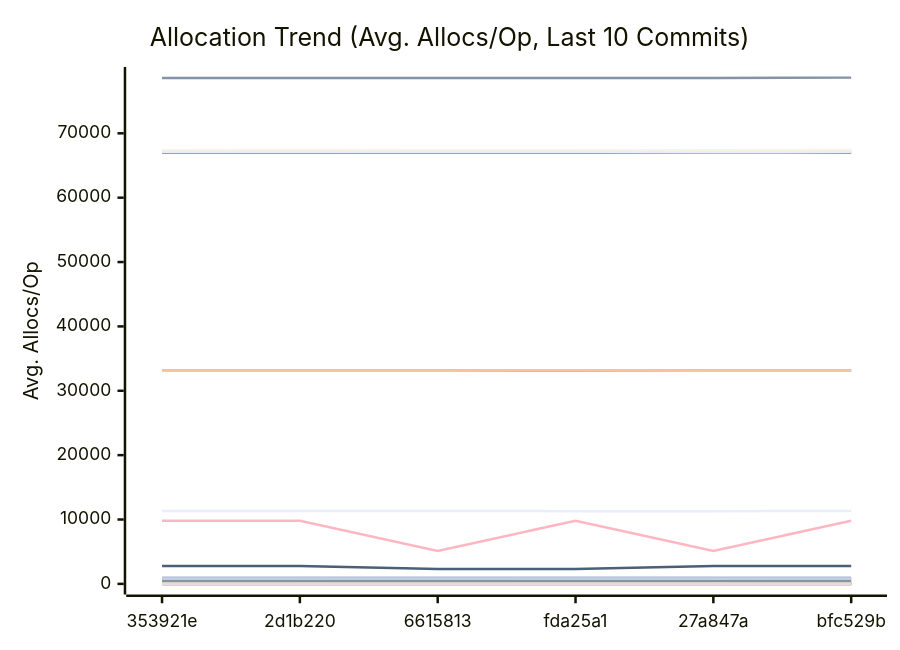
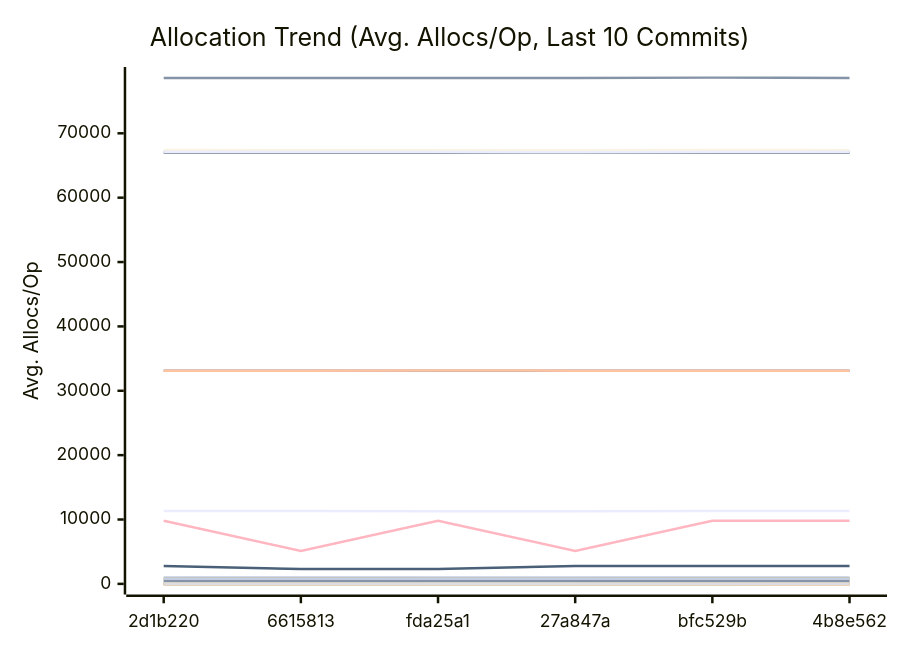
One commit to alsotoes/momo changed the third of 3 diagrams in docs/PERFORMANCE.md. Above: the diagram before and after it, drawn with Mermaid. The commit also changed other lines of this file and 2 other files, not shown here.

````diff
--- a/docs/PERFORMANCE.md
+++ b/docs/PERFORMANCE.md
@@ -360,44 +360,44 @@
 ```mermaid
 xychart-beta
     title "Allocation Trend (Avg. Allocs/Op, Last 10 Commits)"
     x-axis "Commit"
     y-axis "Avg. Allocs/Op"
-    x-axis [353921e,2d1b220,6615813,fda25a1,27a847a,bfc529b]
-    line "AWSChunkedReaderSigned" [11317,11324,11331,11296,11287,11338,11329,11352,11316,11313]
-    line "AWSChunkedReaderUnsigned" [78592,78605,78609,78579,78582,78651,78603,78618,78588,78582]
+    x-axis [2d1b220,6615813,fda25a1,27a847a,bfc529b,4b8e562]
+    line "AWSChunkedReaderSigned" [11324,11331,11296,11287,11338,11329,11352,11316,11313,11300]
+    line "AWSChunkedReaderUnsigned" [78605,78609,78579,78582,78651,78603,78618,78588,78582,78589]
     line "CheckMetricsAndSwap" [0,0,0,0,0,0,0,0,0,0]
     line "CrushOptimized" [0,0,0,0,0,0,0,0,0,0]
     line "CrushOriginal" [3,3,3,3,3,3,3,3,3,3]
     line "FormatListObjectsV2XML_AppendFormat" [16,16,16,16,16,16,16,16,16,16]
     line "FormatListObjectsV2XML_OldFormat" [1000,1000,1000,1000,1000,1000,1000,1000,1000,1000]
     line "HashBytes/1MiB" [64,64,64,64,64,64,64,64,64,64]
     line "HashBytes/256MiB" [64,64,64,64,64,64,64,64,64,64]
     line "HashBytes/64MiB" [64,64,64,64,64,64,64,64,64,64]
     line "HashFile/1MiB" [33128,33128,33128,33128,33128,33128,33128,33128,33128,33128]
     line "HashFile/256MiB" [33128,33128,33128,33128,33128,33128,33128,33128,33128,33128]
-    line "HashFile/64MiB" [33128,33128,33128,33137,33128,33128,33128,33128,33128,33128]
+    line "HashFile/64MiB" [33128,33128,33137,33128,33128,33128,33128,33128,33128,33128]
     line "IndexDirectTracking" [0,0,0,0,0,0,0,0,0,0]
     line "IndexSearch" [0,0,0,0,0,0,0,0,0,0]
     line "LastModifiedHeader_AppendFormat" [0,0,0,0,0,0,0,0,0,0]
-    line "LastModifiedHeader_Format" [0,0,0,0,0,0,1,1,1,1]
+    line "LastModifiedHeader_Format" [0,0,0,0,0,1,1,1,1,1]
     line "LoadGlobalConfig" [58,58,58,58,58,58,58,58,58,58]
-    line "LocalWrite/1MiB" [67030,67036,67036,67029,67028,67031,67030,67036,67032,67034]
-    line "LocalWrite/256MiB" [67349,67409,67379,67372,67383,67413,67386,67552,67369,67393]
-    line "LocalWrite/64MiB" [67104,67086,67092,67077,67052,67096,67102,67105,67107,67056]
+    line "LocalWrite/1MiB" [67036,67036,67029,67028,67031,67030,67036,67032,67034,67035]
+    line "LocalWrite/256MiB" [67409,67379,67372,67383,67413,67386,67552,67369,67393,67386]
+    line "LocalWrite/64MiB" [67086,67092,67077,67052,67096,67102,67105,67107,67056,67086]
     line "PadString" [1,1,1,1,1,1,1,1,1,1]
     line "ParseReplicationOrder_NoPrealloc" [6,6,6,6,6,5,5,5,5,5]
     line "ParseReplicationOrder_Prealloc" [2,2,2,2,2,1,1,1,1,1]
     line "Placement" [6,6,6,6,6,6,6,6,6,6]
     line "PlacementDomainSpread" [6,6,6,6,6,6,6,6,6,6]
-    line "ReadVerify/1MiB" [469,466,470,460,462,473,468,479,467,465]
-    line "ReadVerify/256MiB" [9808,9808,5120,9808,5120,9808,9808,9808,9808,9808]
-    line "ReadVerify/64MiB" [2776,2776,2307,2307,2776,2776,2776,3557,3557,2776]
-    line "S3PutSpool/1MiB" [447,448,447,447,447,447,447,447,447,447]
+    line "ReadVerify/1MiB" [466,470,460,462,473,468,479,467,465,462]
+    line "ReadVerify/256MiB" [9808,5120,9808,5120,9808,9808,9808,9808,9808,9808]
+    line "ReadVerify/64MiB" [2776,2307,2307,2776,2776,2776,3557,3557,2776,2307]
+    line "S3PutSpool/1MiB" [448,447,447,447,447,447,447,447,447,447]
     line "S3PutSpool/256MiB" [448,448,448,448,448,448,448,448,448,448]
     line "S3PutSpool/64MiB" [448,448,448,448,448,448,448,448,448,448]
     line "SanitizeLog/Safe" [0,0,0,0,0,0,0,0,0,0]
     line "SanitizeLog/Unsafe" [1,1,1,1,1,1,1,1,1,1]
-    line "TrustedRead/1MiB" [800,800,800,800,800,839,840,800,834,800]
+    line "TrustedRead/1MiB" [800,800,800,800,839,840,800,834,800,800]
     line "TrustedRead/256MiB" [800,800,800,800,800,800,800,800,800,800]
     line "TrustedRead/64MiB" [800,800,800,800,800,800,800,800,800,800]
 ```
````
